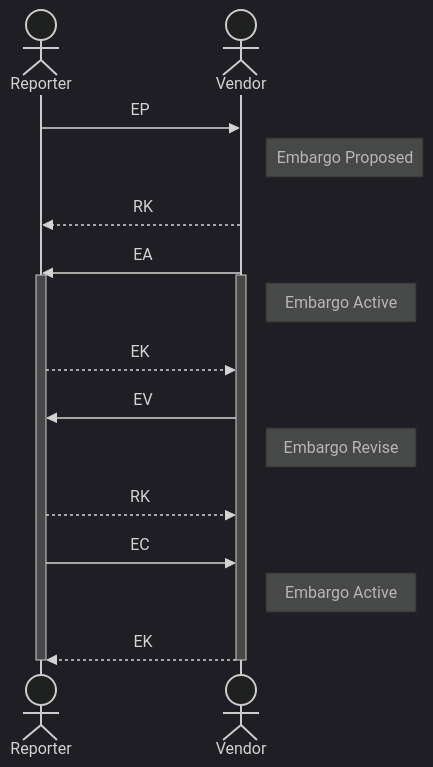
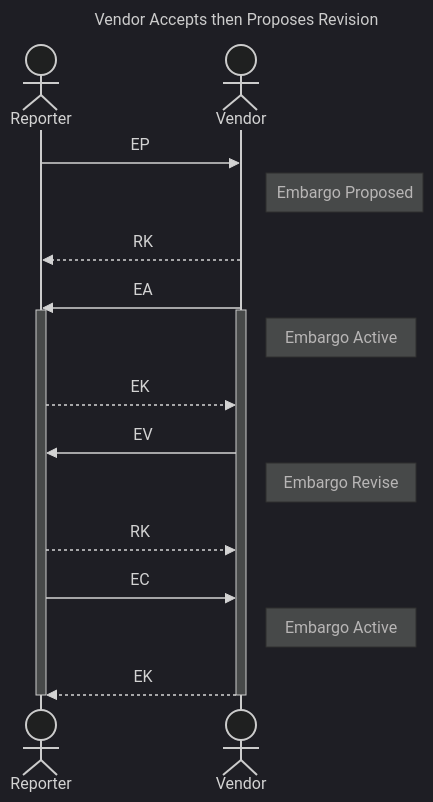
One commit to CERTCC/Vultron changed the sixth of 13 diagrams in docs/tutorials/worked_example.md. Above: the diagram before and after it, drawn with Mermaid (dark theme). The commit also changed other lines of this file, not shown here.

First line of the commit message:
docs: add mermaid title: headers to worked_example.md diagrams

````diff
--- a/docs/tutorials/worked_example.md
+++ b/docs/tutorials/worked_example.md
@@ -137,22 +152,25 @@
 ```mermaid
+---
+title: Vendor Accepts then Proposes Revision
+---
 sequenceDiagram
     actor Reporter
     actor Vendor
     
     Reporter ->> Vendor: EP
     note right of Vendor: Embargo Proposed
     Vendor -->> Reporter: RK
     Vendor ->> Reporter: EA
     activate Vendor
     activate Reporter
     note right of Vendor: Embargo Active
     Reporter -->> Vendor: EK
     Vendor ->> Reporter: EV
     note right of Vendor: Embargo Revise
     Reporter -->> Vendor: RK
     Reporter ->> Vendor: EC
     note right of Vendor: Embargo Active
     Vendor -->> Reporter: EK 
     deactivate Vendor
     deactivate Reporter
 ```
````
